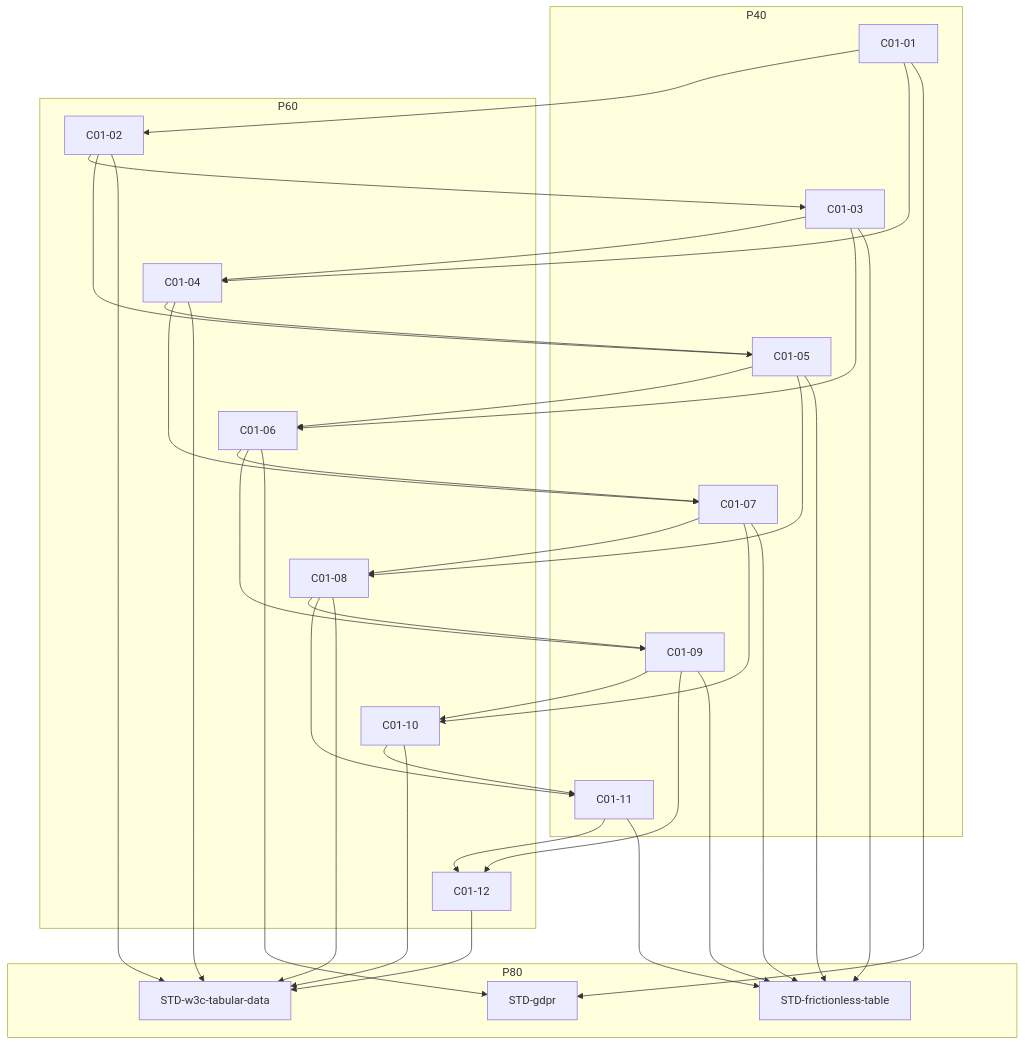
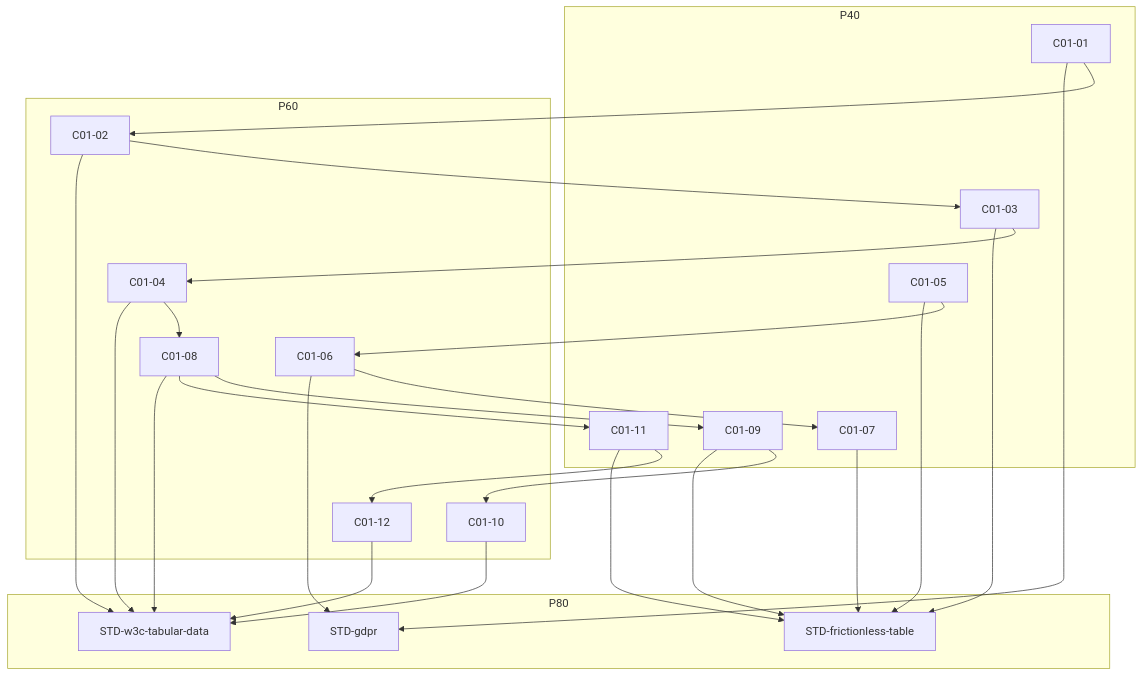
Before and after one commit to Monyeah777/NarrativeForge: the diagram in community/数据采集与清洗域包/outputs/charts/CONCEPT_DAG.mmd, drawn with Mermaid. The commit also changed 35 other files, not shown here.

```diff
--- a/community/数据采集与清洗域包/outputs/charts/CONCEPT_DAG.mmd
+++ b/community/数据采集与清洗域包/outputs/charts/CONCEPT_DAG.mmd
@@ -1,55 +1,45 @@
 %% 概念前置图（由 community/数据采集与清洗域包/assets/CONCEPT_GRAPH.md 确定性派生；唯一机读真相在资产 §4 围栏块）
 flowchart TD
   subgraph P40[P40]
     C01-01
     C01-03
     C01-05
     C01-07
     C01-09
     C01-11
   end
   subgraph P60[P60]
     C01-02
     C01-04
     C01-06
     C01-08
     C01-10
     C01-12
   end
   subgraph P80[P80]
     STD-frictionless-table
     STD-gdpr
     STD-w3c-tabular-data
   end
   C01-01 --> C01-02
   C01-02 --> C01-03
   C01-03 --> C01-04
-  C01-01 --> C01-04
-  C01-04 --> C01-05
-  C01-02 --> C01-05
   C01-05 --> C01-06
-  C01-03 --> C01-06
   C01-06 --> C01-07
-  C01-04 --> C01-07
-  C01-07 --> C01-08
-  C01-05 --> C01-08
+  C01-04 --> C01-08
   C01-08 --> C01-09
-  C01-06 --> C01-09
   C01-09 --> C01-10
-  C01-07 --> C01-10
-  C01-10 --> C01-11
   C01-08 --> C01-11
   C01-11 --> C01-12
-  C01-09 --> C01-12
   C01-03 --> STD-frictionless-table
   C01-05 --> STD-frictionless-table
   C01-07 --> STD-frictionless-table
   C01-09 --> STD-frictionless-table
   C01-11 --> STD-frictionless-table
   C01-01 --> STD-gdpr
   C01-06 --> STD-gdpr
   C01-02 --> STD-w3c-tabular-data
   C01-04 --> STD-w3c-tabular-data
   C01-08 --> STD-w3c-tabular-data
   C01-10 --> STD-w3c-tabular-data
   C01-12 --> STD-w3c-tabular-data
```
